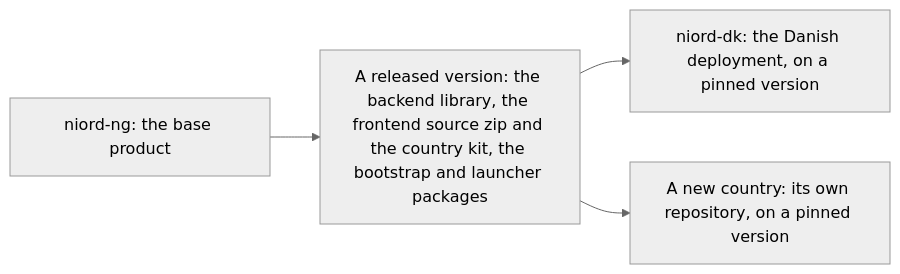
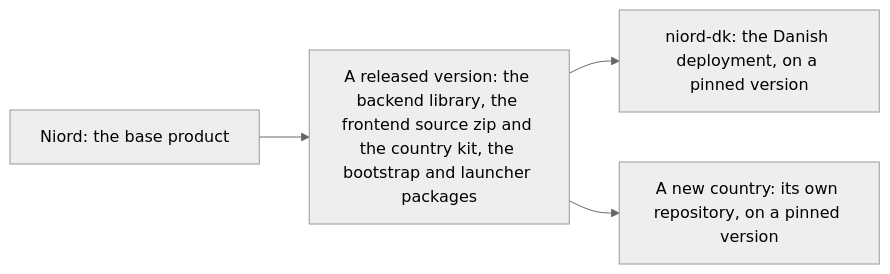
The diagram in README.md (NiordOrg/niord4), drawn with Mermaid (neutral theme) before and after one commit. The commit also changed other lines of this file and 228 other files, not shown here.

````diff
--- a/README.md
+++ b/README.md
@@ -32,6 +29,6 @@
 ```mermaid
 flowchart LR
-  ng["niord-ng: the base product"] --> rel["A released version: the backend library, the frontend source zip and the country kit, the bootstrap and launcher packages"]
+  base["Niord: the base product"] --> rel["A released version: the backend library, the frontend source zip and the country kit, the bootstrap and launcher packages"]
   rel --> dk["niord-dk: the Danish deployment, on a pinned version"]
   rel --> new["A new country: its own repository, on a pinned version"]
 ```
````
